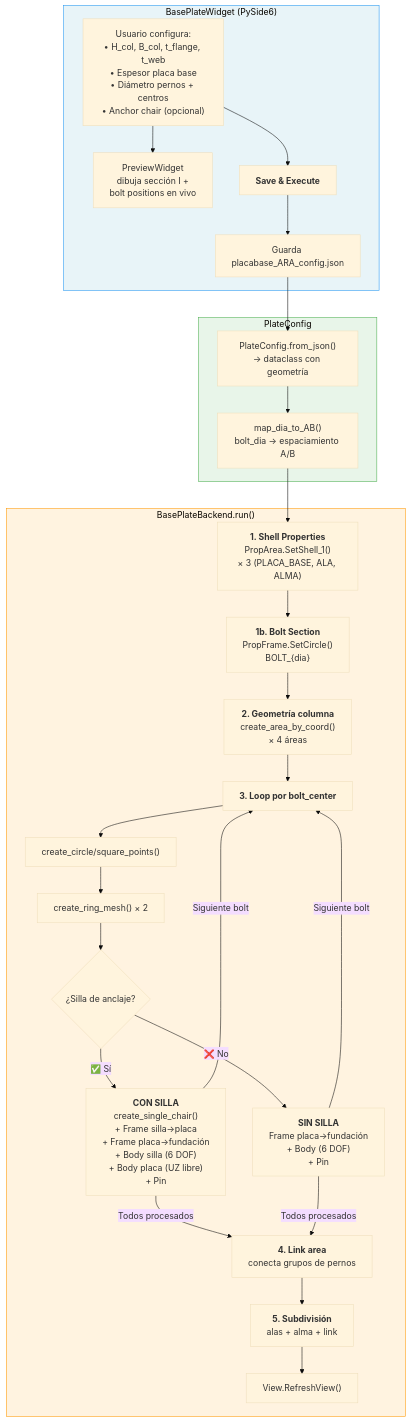
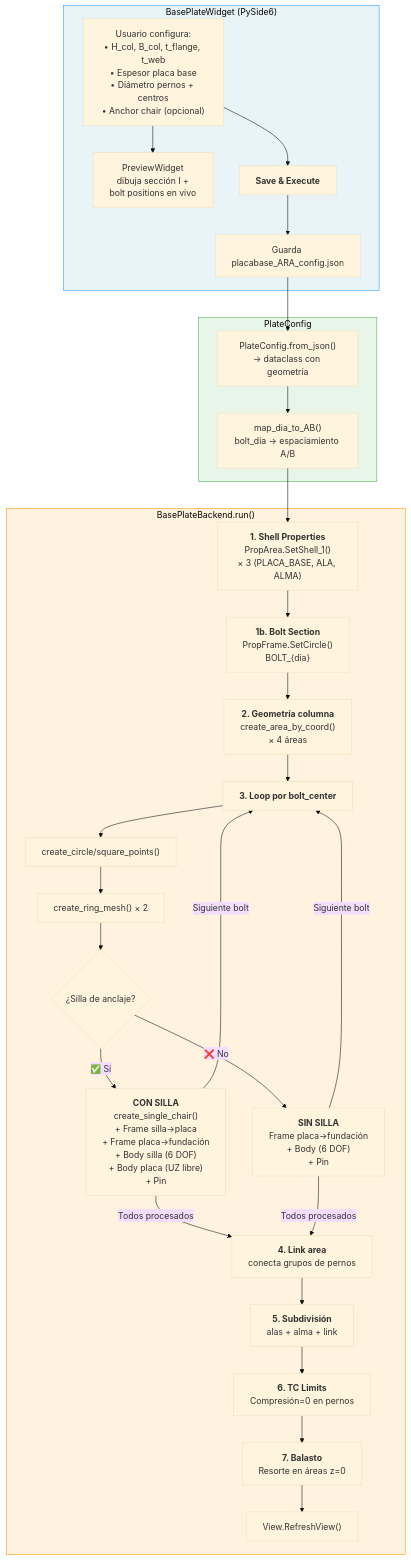
Before and after one commit to fcocarrascob/SAPy2000: the diagram in Placa_Base/README.md, drawn with Mermaid (base theme). The commit also changed other lines of this file and 3 other files, not shown here.

````diff
--- a/Placa_Base/README.md
+++ b/Placa_Base/README.md
@@ -35,47 +37,49 @@
 ```mermaid
 flowchart TD
     subgraph GUI["BasePlateWidget (PySide6)"]
         A["Usuario configura:<br/>• H_col, B_col, t_flange, t_web<br/>• Espesor placa base<br/>• Diámetro pernos + centros<br/>• Anchor chair (opcional)"]
         A2["PreviewWidget<br/>dibuja sección I +<br/>bolt positions en vivo"]
         A3["<b>Save & Execute</b>"]
         A4["Guarda placabase_ARA_config.json"]
     end
 
     subgraph Config["PlateConfig"]
         C1["PlateConfig.from_json()<br/>→ dataclass con geometría"]
         C2["map_dia_to_AB()<br/>bolt_dia → espaciamiento A/B"]
     end
 
     subgraph Backend["BasePlateBackend.run()"]
         P1["<b>1. Shell Properties</b><br/>PropArea.SetShell_1()<br/>× 3 (PLACA_BASE, ALA, ALMA)"]
         P1B["<b>1b. Bolt Section</b><br/>PropFrame.SetCircle()<br/>BOLT_{dia}"]
         P2["<b>2. Geometría columna</b><br/>create_area_by_coord()<br/>× 4 áreas"]
         P3["<b>3. Loop por bolt_center</b>"]
         P3A["create_circle/square_points()"]
         P3E["create_ring_mesh() × 2"]
         P3CHAIR{"  ¿Silla de anclaje?"}
         P3YES["<b>CON SILLA</b><br/>create_single_chair()<br/>+ Frame silla→placa<br/>+ Frame placa→fundación<br/>+ Body silla (6 DOF)<br/>+ Body placa (UZ libre)<br/>+ Pin"]
         P3NO["<b>SIN SILLA</b><br/>Frame placa→fundación<br/>+ Body (6 DOF)<br/>+ Pin"]
         P4["<b>4. Link area</b><br/>conecta grupos de pernos"]
         P5["<b>5. Subdivisión</b><br/>alas + alma + link"]
-        P7["View.RefreshView()"]
+        P6["<b>6. TC Limits</b><br/>Compresión=0 en pernos"]
+        P7B["<b>7. Balasto</b><br/>Resorte en áreas z=0"]
+        P8["View.RefreshView()"]
     end
 
     A --> A2
     A --> A3 --> A4 --> C1
     C1 --> C2 --> P1
 
     P1 --> P1B --> P2 --> P3
     P3 --> P3A --> P3E --> P3CHAIR
     P3CHAIR -->|"✅ Sí"| P3YES
     P3CHAIR -->|"❌ No"| P3NO
     P3YES -->|"Siguiente bolt"| P3
     P3NO -->|"Siguiente bolt"| P3
     P3YES -->|"Todos procesados"| P4
     P3NO -->|"Todos procesados"| P4
-    P4 --> P5 --> P7
+    P4 --> P5 --> P6 --> P7B --> P8
 
     style GUI fill:#e8f4f8,stroke:#2196F3
     style Config fill:#e8f5e9,stroke:#4CAF50
     style Backend fill:#fff3e0,stroke:#FF9800
 ```
````
